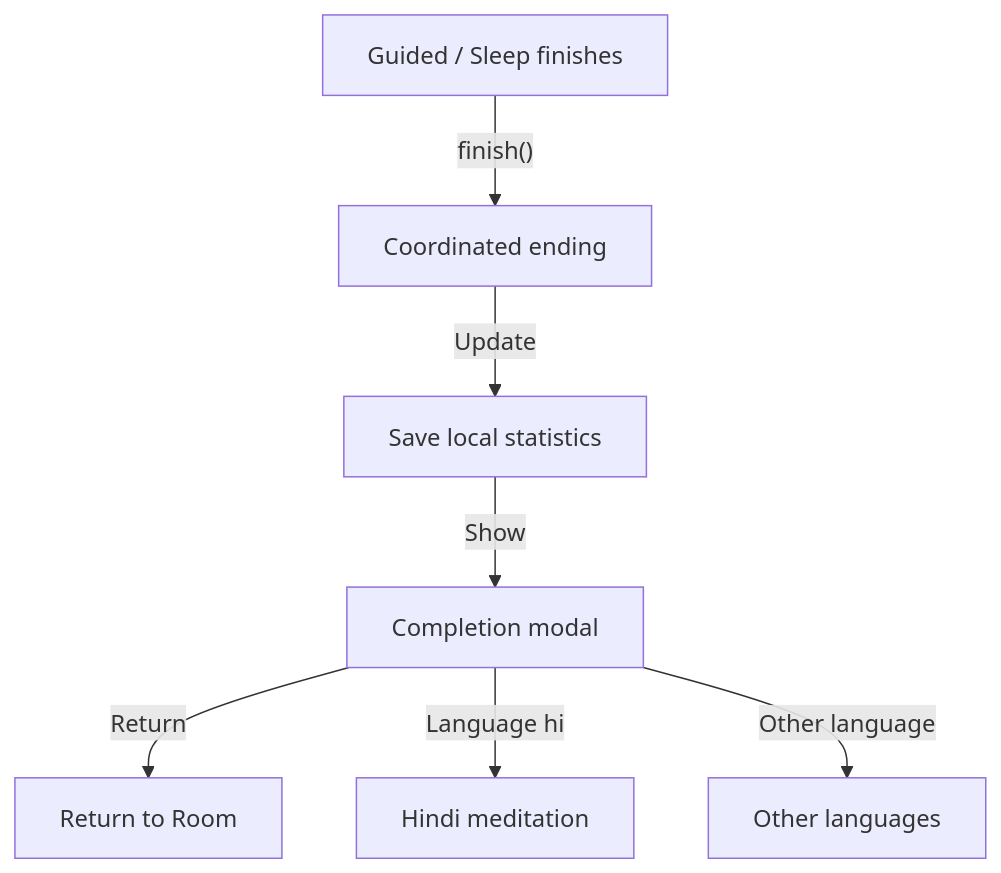
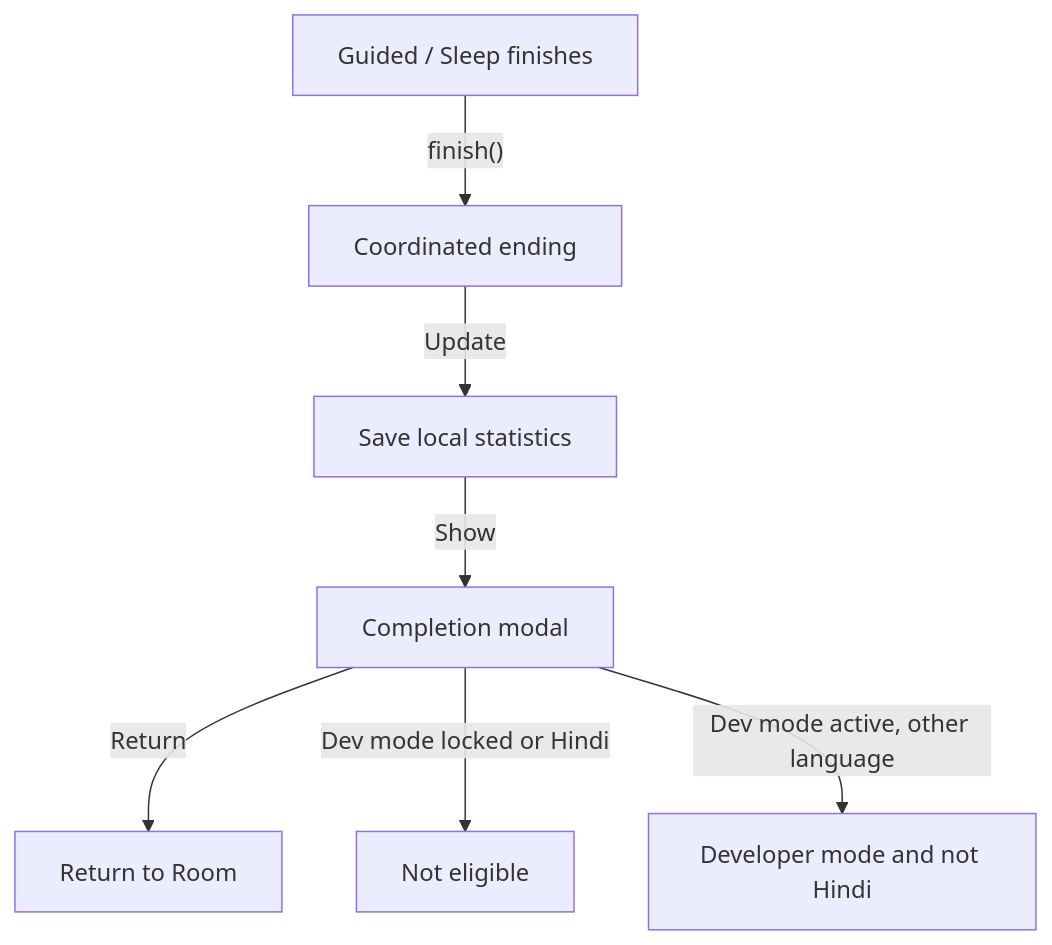
Diagram 28 of 55 in docs/app-map/FLOW-REFERENCE.md (missionode/lite), drawn with Mermaid before and after one commit. The commit also changed other lines of this file and 30 other files, not shown here.

First line of the commit message:
feat: Earn link and assessment dot gated on developer mode

````diff
--- a/docs/app-map/FLOW-REFERENCE.md
+++ b/docs/app-map/FLOW-REFERENCE.md
@@ -1435,16 +1435,16 @@
 ```mermaid
 flowchart TD
   natural["Guided / Sleep finishes"]
   cleanup["Coordinated ending"]
   stats["Save local statistics"]
   modal["Completion modal"]
   return["Return to Room"]
-  hi["Hindi meditation"]
-  earn["Other languages"]
+  hi["Not eligible"]
+  earn["Developer mode and not Hindi"]
   natural -->|"finish()"| cleanup
   cleanup -->|"Update"| stats
   stats -->|"Show"| modal
   modal -->|"Return"| return
-  modal -->|"Language hi"| hi
-  modal -->|"Other language"| earn
+  modal -->|"Dev mode locked or Hindi"| hi
+  modal -->|"Dev mode active, other language"| earn
 ```
````
